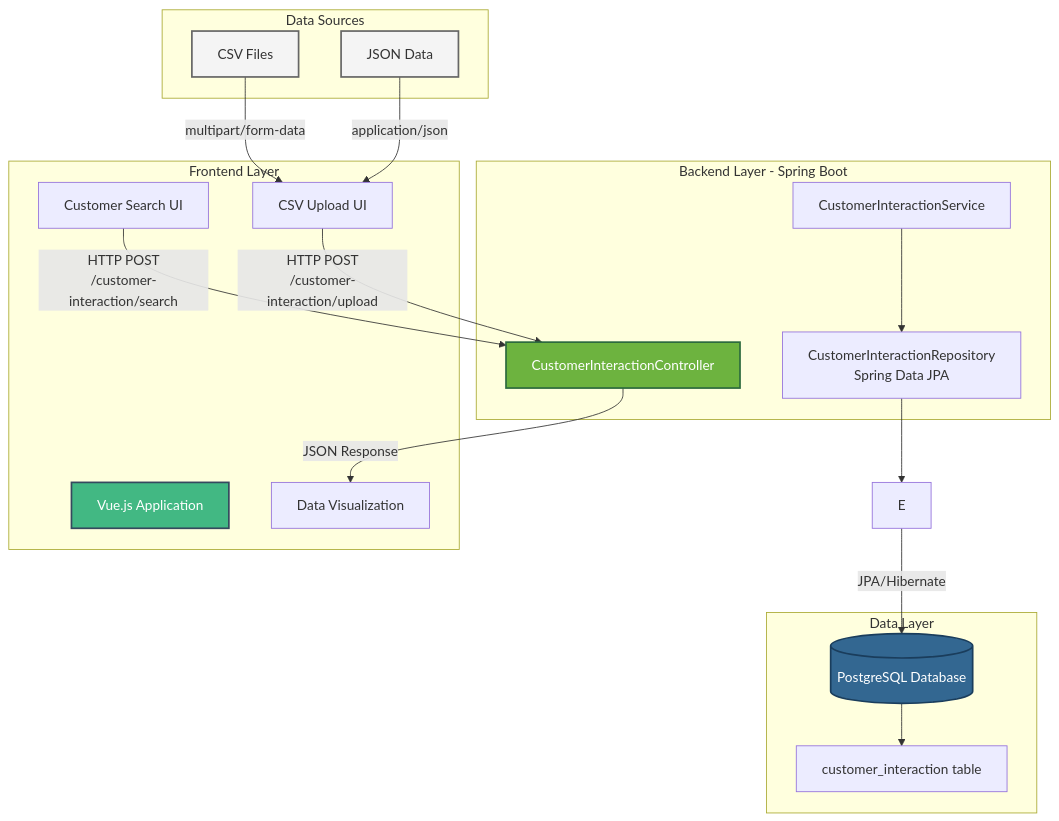
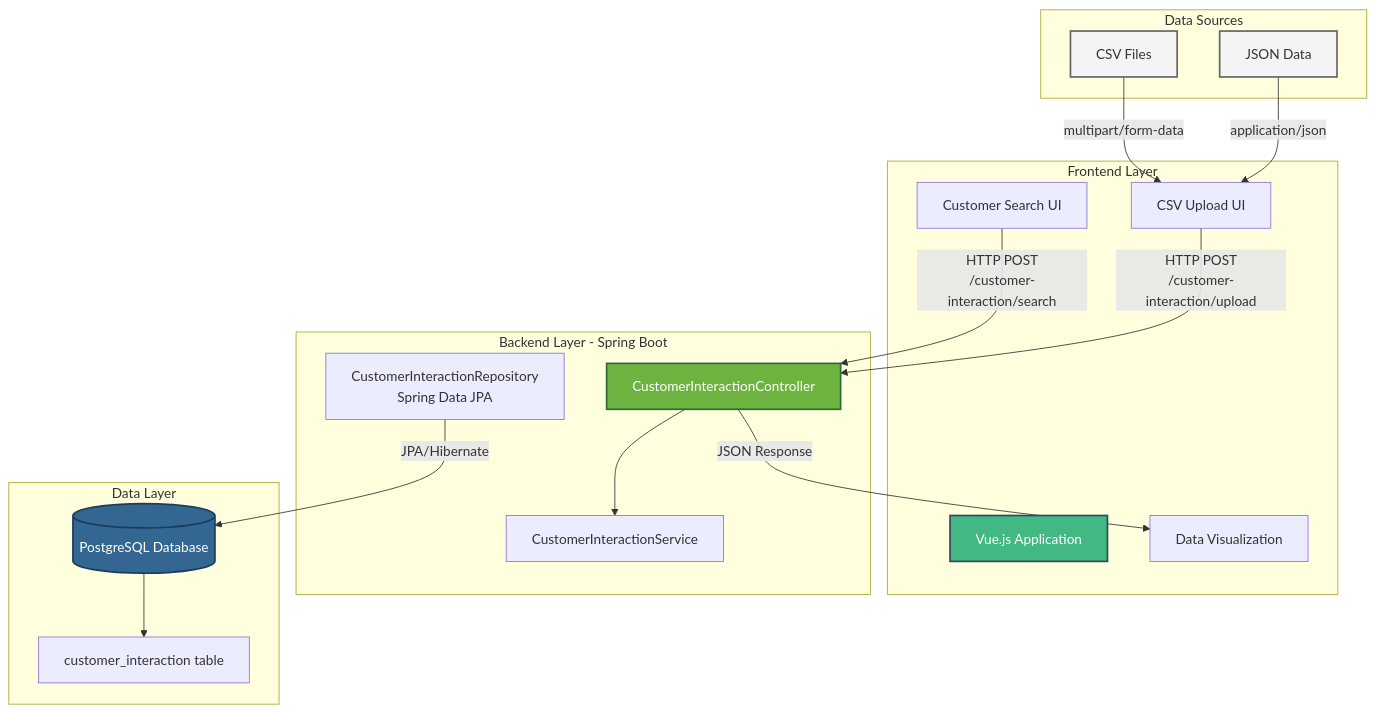
One commit to stephenculmer/customer-workbench-backend changed the diagram in README.md. Above: the diagram before and after it, drawn with Mermaid.

Commit message:
Change arch diagram

````diff
--- a/README.md
+++ b/README.md
@@ -7,43 +7,42 @@
 ```mermaid
 graph TB
     subgraph "Frontend Layer"
         A[Vue.js Application]
         A1[Customer Search UI]
         A2[CSV Upload UI]
         A3[Data Visualization]
     end
 
     subgraph "Backend Layer - Spring Boot"
         B[CustomerInteractionController]
         C[CustomerInteractionService]
         D[CustomerInteractionRepository<br/>Spring Data JPA]
     end
 
     subgraph "Data Layer"
         F[(PostgreSQL Database)]
         G[customer_interaction table]
     end
 
     subgraph "Data Sources"
         H[CSV Files]
         I[JSON Data]
     end
 
     A1 -->|HTTP POST<br/>/customer-interaction/search| B
     A2 -->|HTTP POST<br/>/customer-interaction/upload| B
     H -->|multipart/form-data| A2
     I -->|application/json| A2
 
-    C --> D
-    D --> E
-    E -->|JPA/Hibernate| F
+    B --> C
+    D -->|JPA/Hibernate| F
     F --> G
 
     B -->|JSON Response| A3
 
     style A fill:#42b883,stroke:#35495e,stroke-width:2px,color:#fff
     style B fill:#6db33f,stroke:#2d6a3e,stroke-width:2px,color:#fff
     style F fill:#336791,stroke:#1a3d5c,stroke-width:2px,color:#fff
     style H fill:#f4f4f4,stroke:#666,stroke-width:2px
     style I fill:#f4f4f4,stroke:#666,stroke-width:2px
 ```
````
